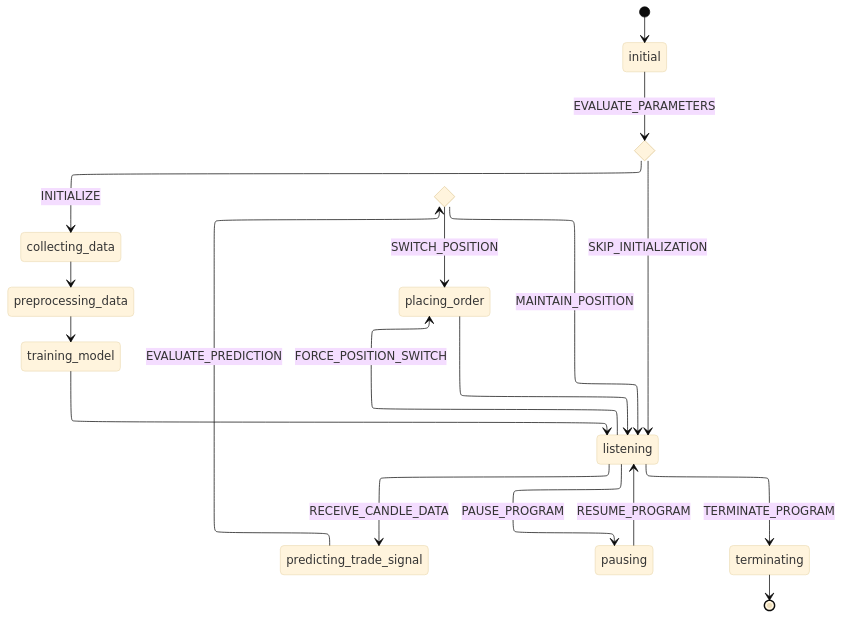
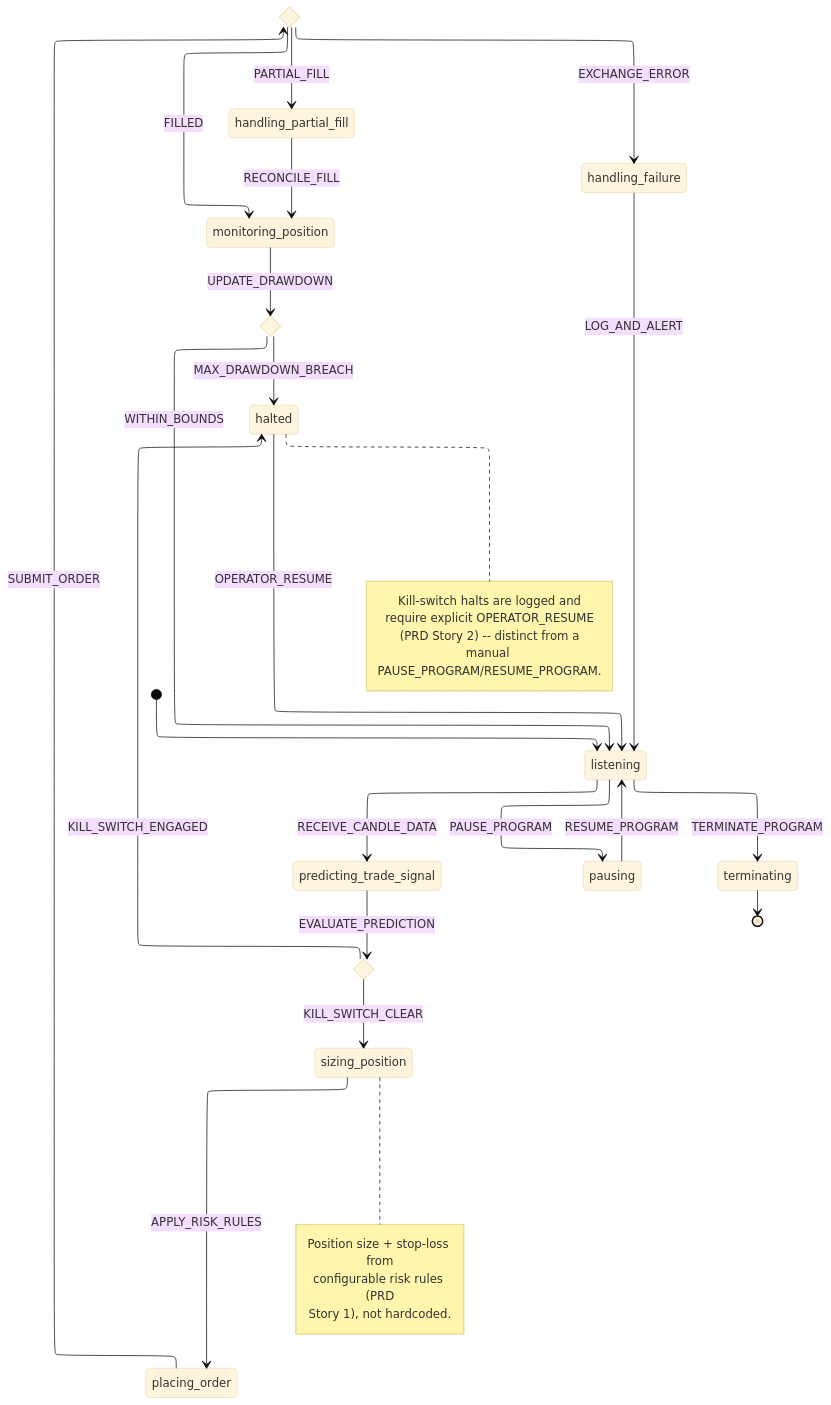
The diagram in README.md (vanesterik/fart), drawn with Mermaid (base theme) before and after one commit. The commit also changed other lines of this file and 14 other files, not shown here.

````diff
--- a/README.md
+++ b/README.md
@@ -61,26 +57,43 @@
 ```mermaid
 ---
 config:
   layout: elk
 ---
 stateDiagram
-   state initialization_condition <<choice>>
-   state trade_signal_condition <<choice>>
-   [*] --> initial
-   initial --> initialization_condition: EVALUATE_PARAMETERS
-   initialization_condition --> collecting_data: INITIALIZE
-   initialization_condition --> listening: SKIP_INITIALIZATION
-   collecting_data --> preprocessing_data
-   preprocessing_data --> training_model
-   training_model --> listening
+   state kill_switch_condition <<choice>>
+   state order_outcome_condition <<choice>>
+   state drawdown_condition <<choice>>
+
+   [*] --> listening
    listening --> predicting_trade_signal: RECEIVE_CANDLE_DATA
-   predicting_trade_signal --> trade_signal_condition: EVALUATE_PREDICTION
-   trade_signal_condition --> placing_order: SWITCH_POSITION
-   trade_signal_condition --> listening: MAINTAIN_POSITION
-   listening --> placing_order: FORCE_POSITION_SWITCH
+   predicting_trade_signal --> kill_switch_condition: EVALUATE_PREDICTION
+   kill_switch_condition --> sizing_position: KILL_SWITCH_CLEAR
+   kill_switch_condition --> halted: KILL_SWITCH_ENGAGED
+   sizing_position --> placing_order: APPLY_RISK_RULES
+   placing_order --> order_outcome_condition: SUBMIT_ORDER
+   order_outcome_condition --> monitoring_position: FILLED
+   order_outcome_condition --> handling_partial_fill: PARTIAL_FILL
+   order_outcome_condition --> handling_failure: EXCHANGE_ERROR
+   handling_partial_fill --> monitoring_position: RECONCILE_FILL
+   handling_failure --> listening: LOG_AND_ALERT
+   monitoring_position --> drawdown_condition: UPDATE_DRAWDOWN
+   drawdown_condition --> listening: WITHIN_BOUNDS
+   drawdown_condition --> halted: MAX_DRAWDOWN_BREACH
+   halted --> listening: OPERATOR_RESUME
    listening --> pausing: PAUSE_PROGRAM
    pausing --> listening: RESUME_PROGRAM
-   placing_order --> listening
    listening --> terminating: TERMINATE_PROGRAM
    terminating --> [*]
+
+   note right of sizing_position
+     Position size + stop-loss from
+     configurable risk rules (PRD
+     Story 1), not hardcoded.
+   end note
+   note right of halted
+     Kill-switch halts are logged and
+     require explicit OPERATOR_RESUME
+     (PRD Story 2) -- distinct from a
+     manual PAUSE_PROGRAM/RESUME_PROGRAM.
+   end note
 ```
````
